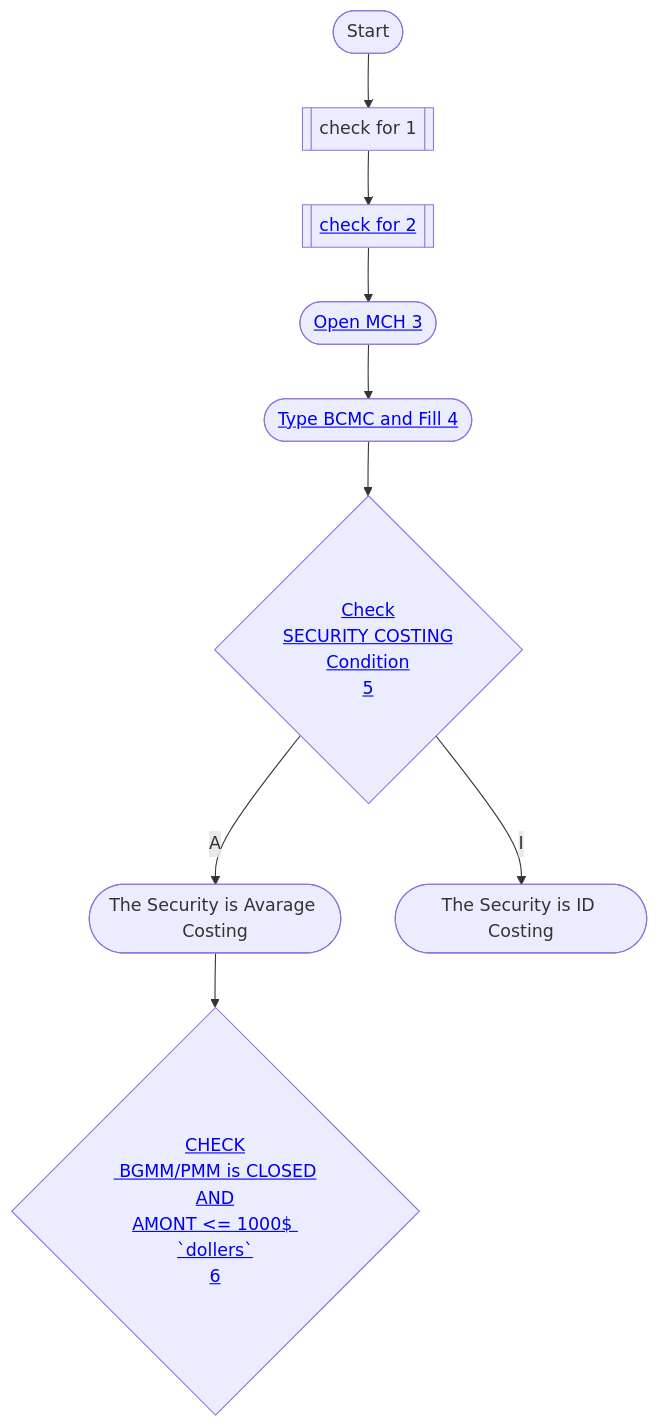
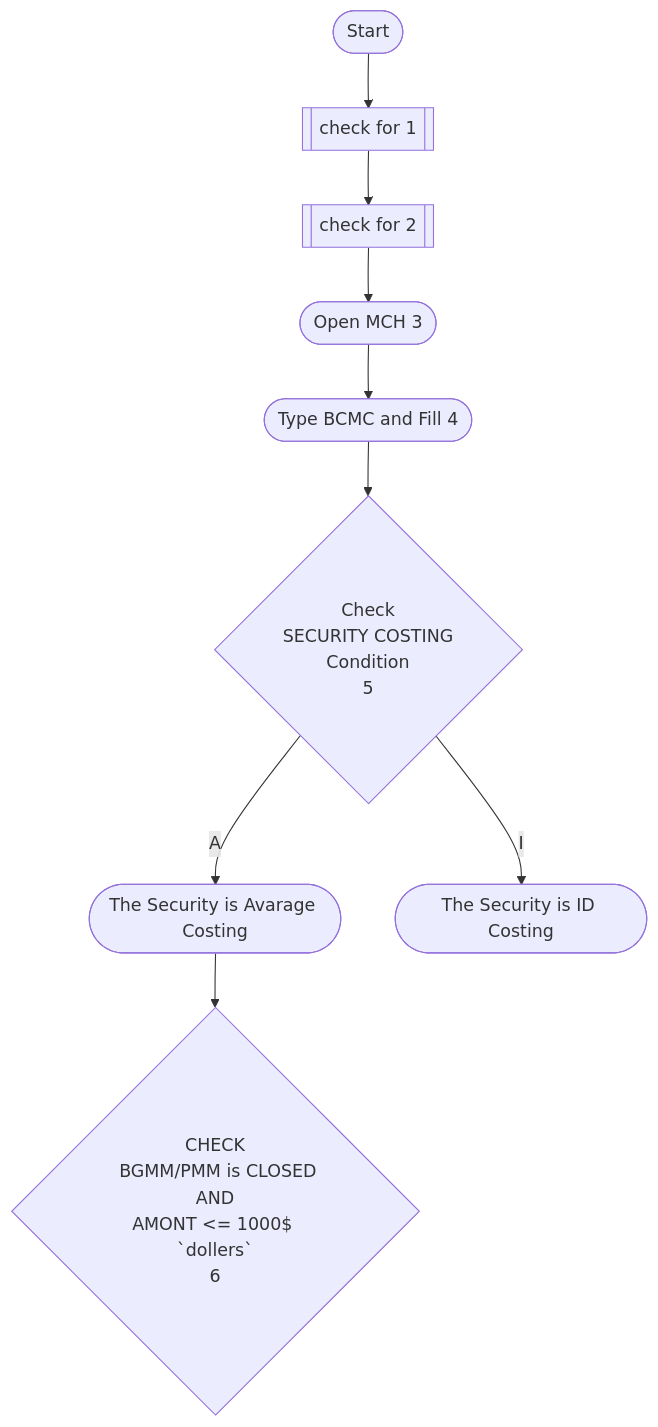
One commit to ShriramBM/State-Street changed the diagram in cost_adjustment.md. Above: the diagram before and after it, drawn with Mermaid. The commit also changed other lines of this file, not shown here.

````diff
--- a/cost_adjustment.md
+++ b/cost_adjustment.md
@@ -15,11 +15,11 @@
 ```mermaid
 flowchart TD
-    A([Start]) --> B[[<a name='#1'>check for 1</a>]]
-    B --> C[[<a href='#2'>check for 2</a>]]
-    C --> D([<a href='#3'>Open MCH 3</a>])
-    D --> E([<a href='#4'>Type BCMC and Fill 4</a>])
-    E --> F{<a href='#5'>Check \n SECURITY COSTING\n Condition\n5</a>}
+    A([Start]) --> B[[check for 1]]
+    B --> C[[check for 2]]
+    C --> D([Open MCH 3])
+    D --> E([Type BCMC and Fill 4])
+    E --> F{Check \n SECURITY COSTING\n Condition\n5}
     F --> |A|G([The Security is Avarage Costing])
     F --> |I|H([The Security is ID Costing])
-    G --> I{<a href='#6'>CHECK\n BGMM/PMM is CLOSED\nAND\nAMONT <= 1000$ `dollers`\n6</a>}
+    G --> I{CHECK\n BGMM/PMM is CLOSED\nAND\nAMONT <= 1000$ `dollers`\n6}
 ```
````
